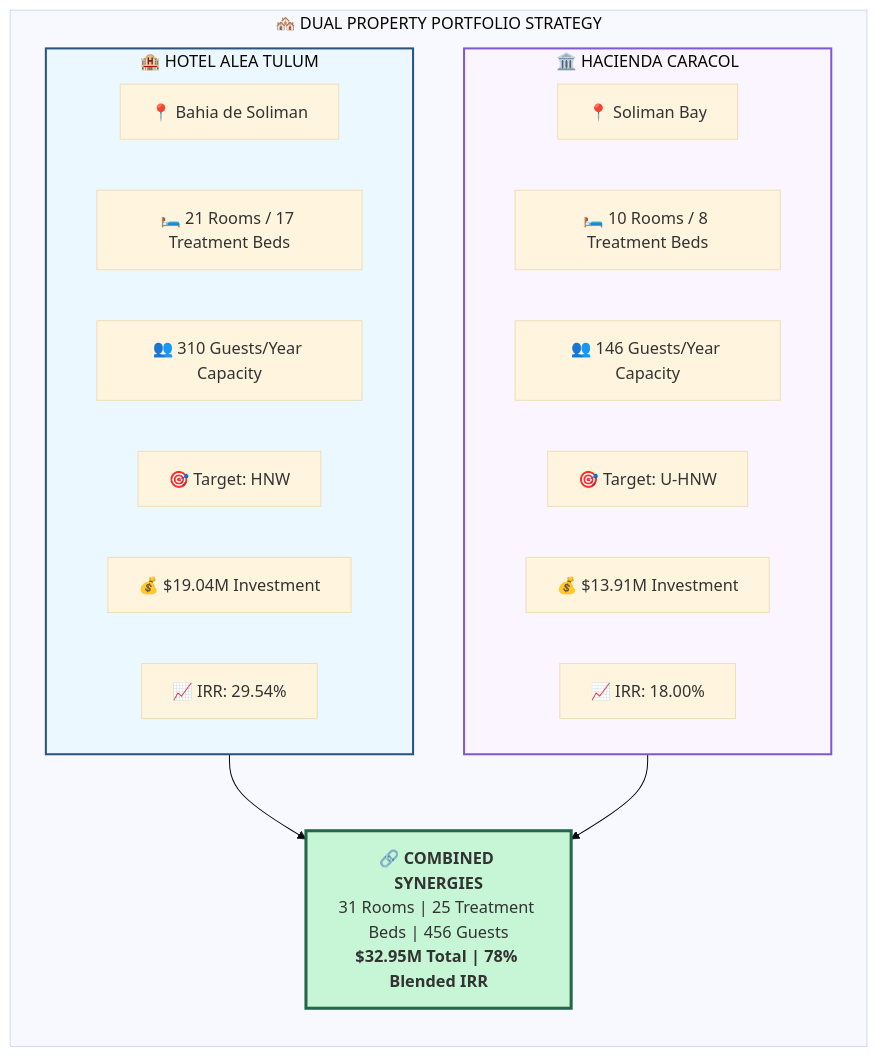
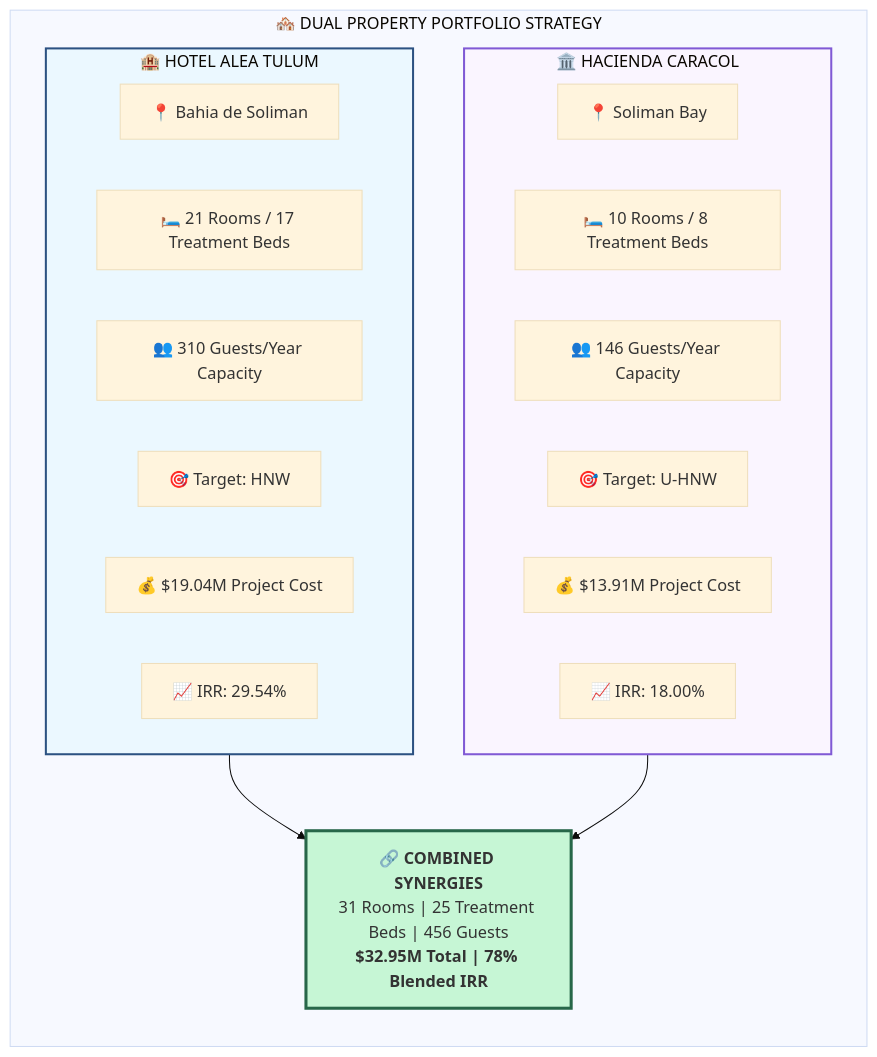
The seventh of 37 diagrams in docs/pitch-packet/AI_VALUATION_REPORT_VISUAL.md (Light-Brands/epic-center), drawn with Mermaid before and after one commit. The commit also changed other lines of this file and 3 other files, not shown here.

````diff
--- a/docs/pitch-packet/AI_VALUATION_REPORT_VISUAL.md
+++ b/docs/pitch-packet/AI_VALUATION_REPORT_VISUAL.md
@@ -280,34 +279,34 @@
 ```mermaid
 %%{init: {'theme': 'base'}}%%
 flowchart TB
     subgraph PORTFOLIO["🏘️ DUAL PROPERTY PORTFOLIO STRATEGY"]
         direction TB
 
         subgraph ALEA["🏨 HOTEL ALEA TULUM"]
             A1["📍 Bahia de Soliman"]
             A2["🛏️ 21 Rooms / 17 Treatment Beds"]
             A3["👥 310 Guests/Year Capacity"]
             A4["🎯 Target: HNW"]
-            A5["💰 $19.04M Investment"]
+            A5["💰 $19.04M Project Cost"]
             A6["📈 IRR: 29.54%"]
         end
 
         subgraph CARACOL["🏛️ HACIENDA CARACOL"]
             C1["📍 Soliman Bay"]
             C2["🛏️ 10 Rooms / 8 Treatment Beds"]
             C3["👥 146 Guests/Year Capacity"]
             C4["🎯 Target: U-HNW"]
-            C5["💰 $13.91M Investment"]
+            C5["💰 $13.91M Project Cost"]
             C6["📈 IRR: 18.00%"]
         end
 
         ALEA --> SYNERGY
         CARACOL --> SYNERGY
 
         SYNERGY["🔗 <b>COMBINED SYNERGIES</b><br/>31 Rooms | 25 Treatment Beds | 456 Guests<br/><b>$32.95M Total | 78% Blended IRR</b>"]
     end
 
     style ALEA fill:#ebf8ff,stroke:#2c5282,stroke-width:2px
     style CARACOL fill:#faf5ff,stroke:#805ad5,stroke-width:2px
     style SYNERGY fill:#c6f6d5,stroke:#276749,stroke-width:3px
 ```
````
